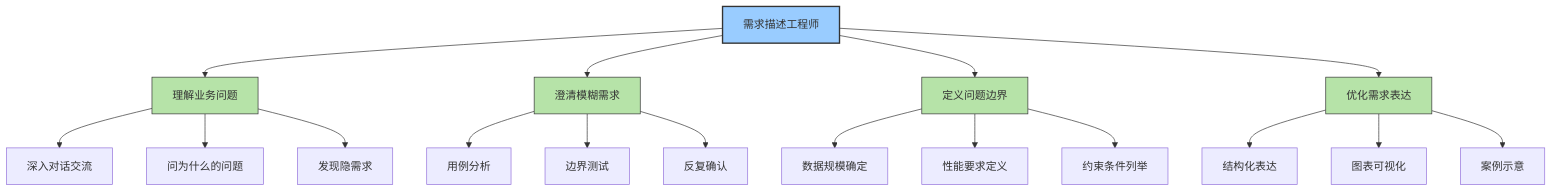
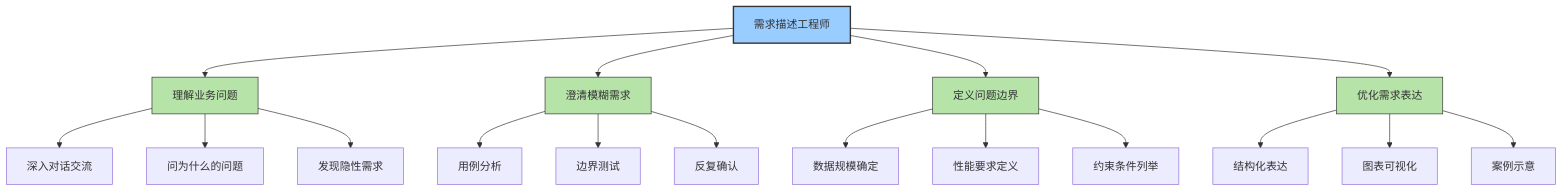
Before and after one commit to microwind/algorithms: the sixth of 11 diagrams in start-here/AI-Era-Programmers-as-Requirements-Engineers.md, drawn with Mermaid. The commit also changed other lines of this file and 6 other files, not shown here.

````diff
--- a/start-here/AI-Era-Programmers-as-Requirements-Engineers.md
+++ b/start-here/AI-Era-Programmers-as-Requirements-Engineers.md
@@ -301,30 +301,30 @@
 ```mermaid
 graph TD
     A[需求描述工程师] --> B[理解业务问题]
     A --> C[澄清模糊需求]
     A --> D[定义问题边界]
     A --> E[优化需求表达]
 
     B --> B1[深入对话交流]
     B --> B2[问为什么的问题]
-    B --> B3[发现隐需求]
+    B --> B3[发现隐性需求]
 
     C --> C1[用例分析]
     C --> C2[边界测试]
     C --> C3[反复确认]
 
     D --> D1[数据规模确定]
     D --> D2[性能要求定义]
     D --> D3[约束条件列举]
 
     E --> E1[结构化表达]
     E --> E2[图表可视化]
     E --> E3[案例示意]
 
     %% 颜色定义
     classDef main fill:#99ccff,stroke:#333,stroke-width:2px;
     classDef task fill:#b6e3a8,stroke:#333,stroke-width:1px;
 
     class A main;
     class B,C,D,E task;
 ```
````
